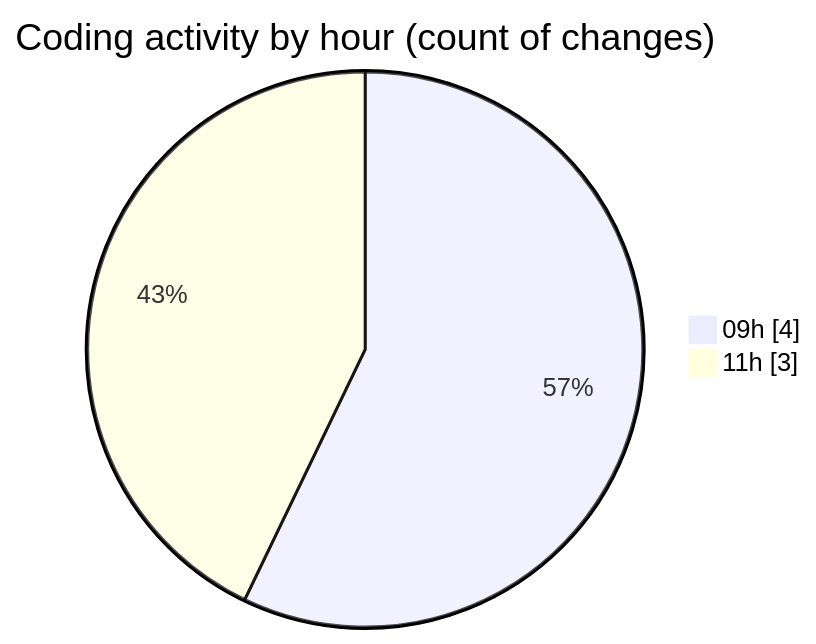
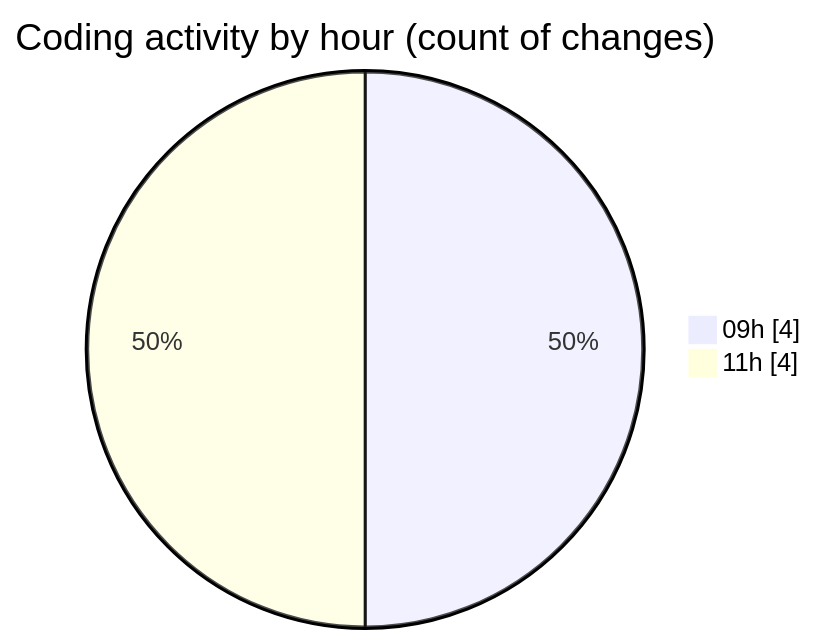
The second of 2 diagrams in 2026-03-31/cilapp/README.md (ricardozamudiocil/code-tracking), drawn with Mermaid before and after one commit. The commit also changed other lines of this file and 1 other file, not shown here.

````diff
--- a/2026-03-31/cilapp/README.md
+++ b/2026-03-31/cilapp/README.md
@@ -28,6 +28,6 @@
 ```mermaid
 pie showData
 title Coding activity by hour (count of changes)
 "09h" : 4
-"11h" : 3
+"11h" : 4
 ```
````
